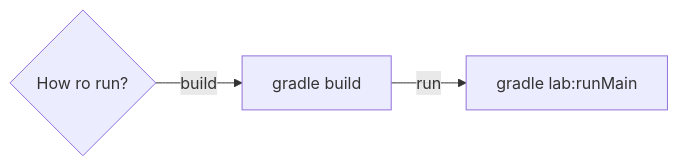
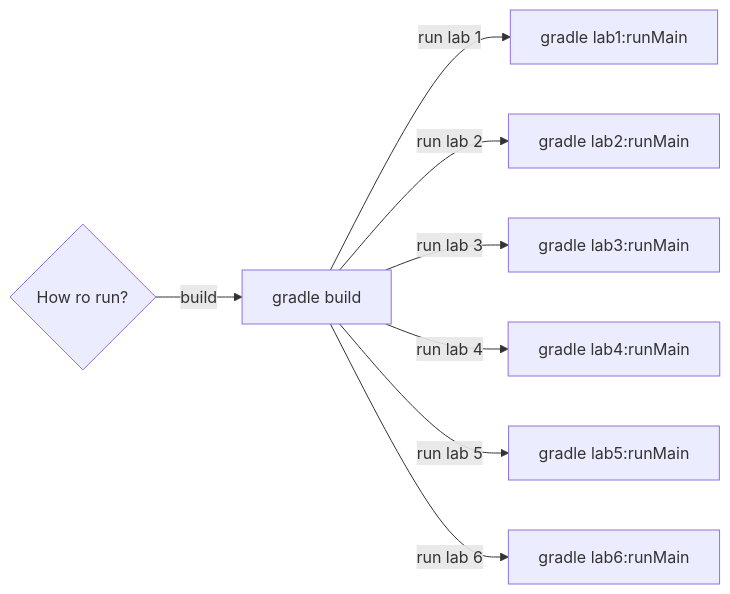
The diagram in README.md (michigang1/kotlin-labs), drawn with Mermaid before and after one commit. The commit also changed other lines of this file, not shown here.

````diff
--- a/README.md
+++ b/README.md
@@ -18,5 +33,11 @@
 ```mermaid
 graph LR
 A{How ro run?} -- build --> B[gradle build]
-B -- run --> C[gradle lab<lab_number>:runMain]
+B -- run lab 1 --> C[gradle lab1:runMain]
+B -- run lab 2 --> D[gradle lab2:runMain]
+B -- run lab 3 --> E[gradle lab3:runMain]
+B -- run lab 4 --> F[gradle lab4:runMain]
+B -- run lab 5 --> G[gradle lab5:runMain]
+B -- run lab 6 --> H[gradle lab6:runMain]
+
 ```
````
